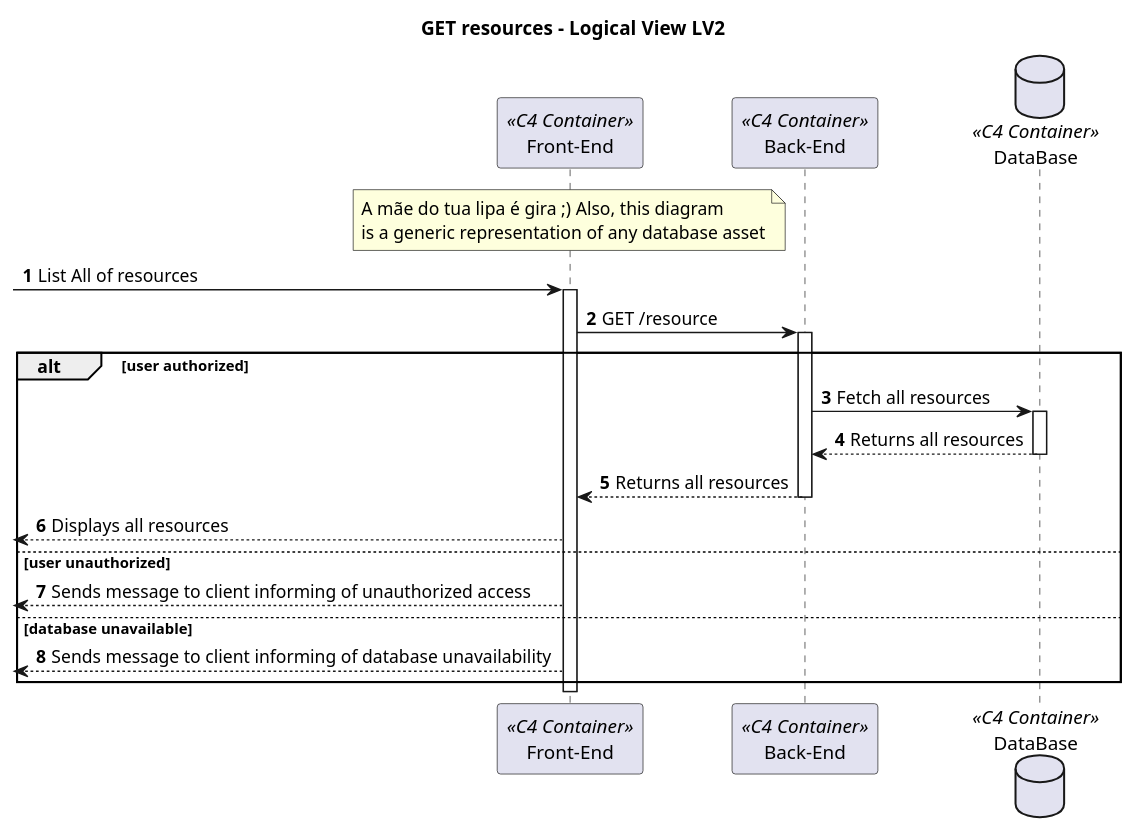
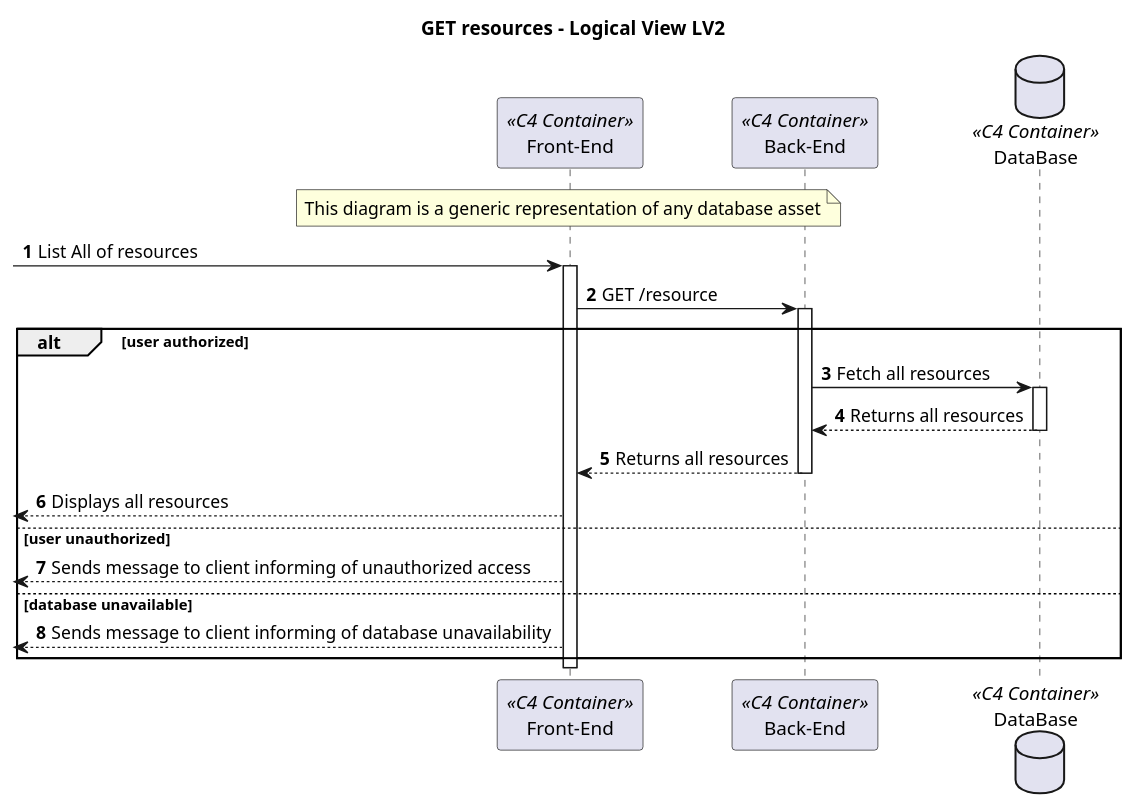
One commit to Saquinho74/LAPR5 changed the diagram in Docs/SprintA/global_artifacts/generic_GET/level2/genericGetLevel2.puml. Above: the diagram before and after it, drawn with PlantUML. The commit also changed 4 other files, not shown here.

```diff
--- a/Docs/SprintA/global_artifacts/generic_GET/level2/genericGetLevel2.puml
+++ b/Docs/SprintA/global_artifacts/generic_GET/level2/genericGetLevel2.puml
@@ -1,42 +1,41 @@
 @startuml Process View - Level 3
 
 autonumber
 skinparam packageStyle rect
 
 title GET resources - Logical View LV2
 
 participant "Front-End" as FE <<C4 Container>>
 participant "Back-End" as BE <<C4 Container>>
 database "DataBase" as DB <<C4 Container>>
 
 note over FE
-A mãe do tua lipa é gira ;) Also, this diagram
-is a generic representation of any database asset
+This diagram is a generic representation of any database asset
 end note
 
 -> FE: List All of resources
 activate FE
 FE -> BE: GET /resource
 activate BE
 alt user authorized
 
 BE -> DB: Fetch all resources
 activate DB
 DB --> BE: Returns all resources
 deactivate DB
 
 BE --> FE: Returns all resources
 deactivate BE
 <-- FE : Displays all resources
 
 else user unauthorized
 
 <-- FE: Sends message to client informing of unauthorized access
 
 else database unavailable
 <-- FE: Sends message to client informing of database unavailability
 end alt
 deactivate FE
 
 
 @enduml
```
